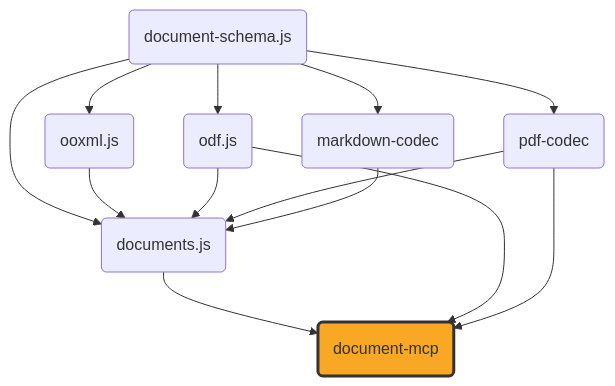
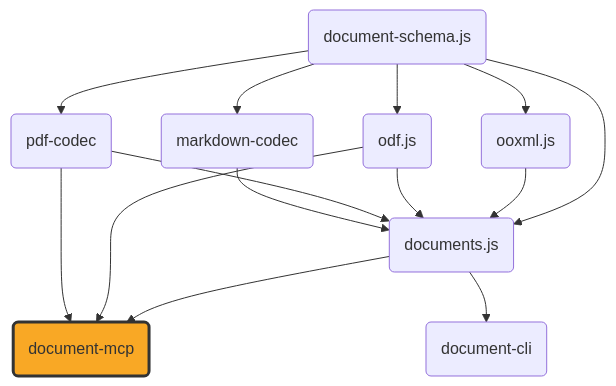
Before and after one commit to ExaDev/documents.js: the diagram in packages/document-mcp/README.md, drawn with Mermaid. The commit also changed other lines of this file, not shown here.

First line of the commit message:
docs: document the real tool set and MCP client configuration

````diff
--- a/packages/document-mcp/README.md
+++ b/packages/document-mcp/README.md
@@ -9,33 +9,36 @@
 ```mermaid
 graph TD
     schema("document-schema.js")
     ooxml("ooxml.js")
     odf("odf.js")
     pdfcodec("pdf-codec")
     mdcodec("markdown-codec")
     documents("documents.js")
     mcp("document-mcp")
+    cli("document-cli")
 
     schema --> ooxml
     schema --> odf
     schema --> pdfcodec
     schema --> mdcodec
     schema --> documents
     ooxml --> documents
     odf --> documents
     pdfcodec --> documents
     mdcodec --> documents
     documents --> mcp
     odf --> mcp
     pdfcodec --> mcp
+    documents --> cli
 
     click schema "https://github.com/ExaDev/document-schema.js" "document-schema.js"
     click ooxml "https://github.com/ExaDev/ooxml.js" "ooxml.js"
     click odf "https://github.com/ExaDev/odf.js" "odf.js"
     click pdfcodec "https://github.com/ExaDev/pdf-codec" "pdf-codec"
     click mdcodec "https://github.com/ExaDev/markdown-codec" "markdown-codec"
     click documents "https://github.com/ExaDev/documents.js" "documents.js"
     click mcp "https://github.com/ExaDev/document-mcp" "document-mcp"
+    click cli "https://github.com/ExaDev/document-cli" "document-cli"
 
     style mcp fill:#f9a825,stroke:#333,stroke-width:3px
 ```
````
